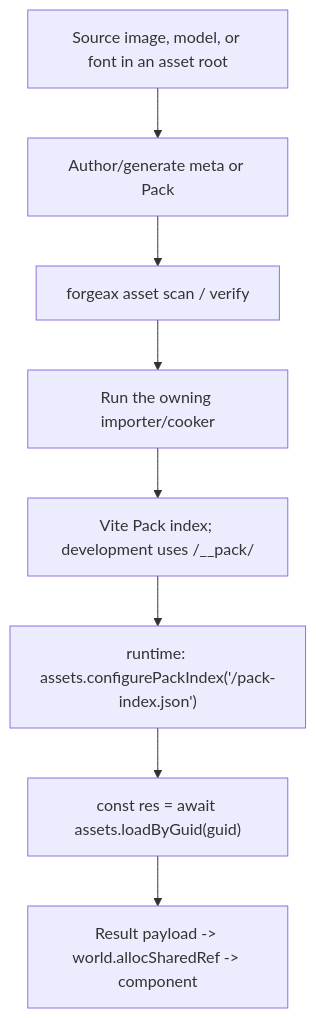
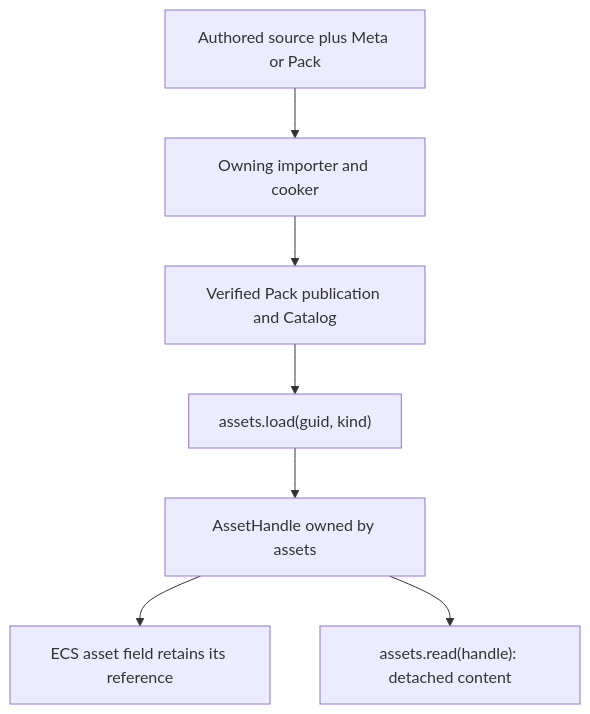
One commit to ForgeAX/forgeax-engine changed the diagram in skills/forgeax-engine-assets/references/runtime-and-mesh.md. Above: the diagram before and after it, drawn with Mermaid. The commit also changed other lines of this file and 4113 other files, not shown here.

````diff
--- a/skills/forgeax-engine-assets/references/runtime-and-mesh.md
+++ b/skills/forgeax-engine-assets/references/runtime-and-mesh.md
@@ -174,10 +116,9 @@
 ```mermaid
 flowchart TD
-  SRC["Source image, model, or font in an asset root"] --> SIDE["Author/generate meta or Pack"]
-  SIDE --> CLI["forgeax asset scan / verify"]
-  CLI --> IMP["Run the owning importer/cooker"]
-  IMP --> CAT["Vite Pack index; development uses /__pack/"]
-  CAT --> CFG["runtime: assets.configurePackIndex('/pack-index.json')"]
-  CFG --> LOAD["const res = await assets.loadByGuid<SceneAsset>(guid)"]
-  LOAD --> H["Result payload -> world.allocSharedRef -> component"]
+  SRC["Authored source plus Meta or Pack"] --> IMP["Owning importer and cooker"]
+  IMP --> CAT["Verified Pack publication and Catalog"]
+  CAT --> LOAD["assets.load(guid, kind)"]
+  LOAD --> HANDLE["AssetHandle owned by assets"]
+  HANDLE --> ECS["ECS asset field retains its reference"]
+  HANDLE --> READ["assets.read(handle): detached content"]
 ```
````
